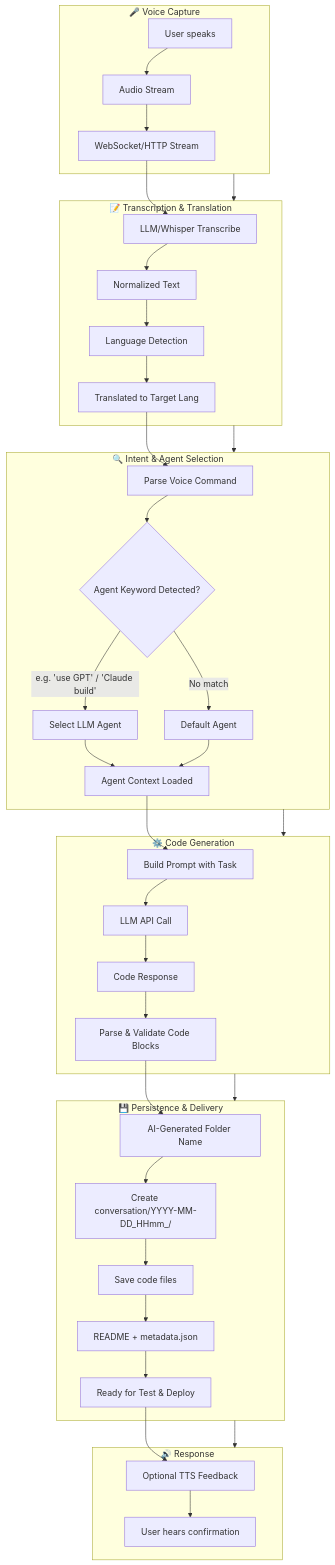
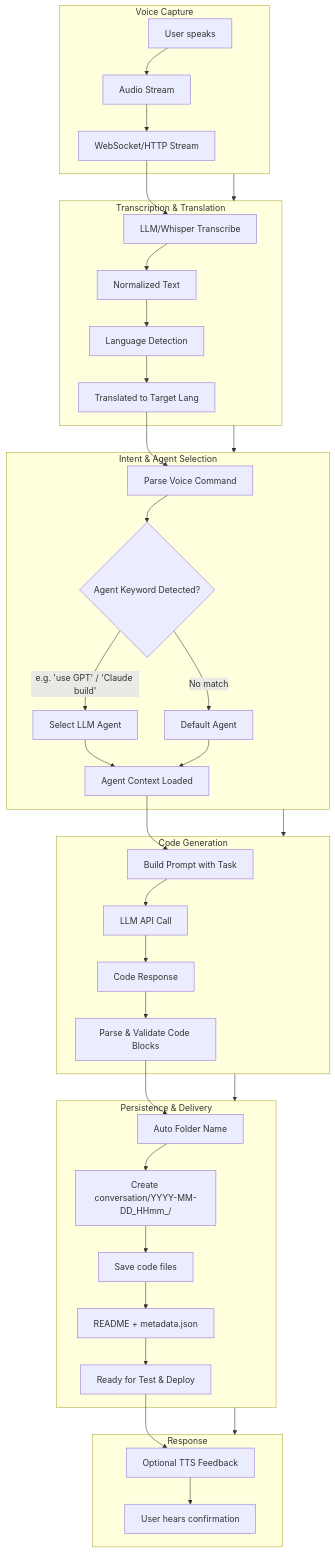
One commit to ronvoy/vamp changed the first of 2 diagrams in README.md. Above: the diagram before and after it, drawn with Mermaid. The commit also changed other lines of this file and 5 other files, not shown here.

````diff
--- a/README.md
+++ b/README.md
@@ -17,45 +17,45 @@
 ```mermaid
 flowchart TB
-    subgraph Capture["🎤 Voice Capture"]
+    subgraph Capture["Voice Capture"]
         A[User speaks] --> B[Audio Stream]
         B --> C[WebSocket/HTTP Stream]
     end
 
-    subgraph Transcribe["📝 Transcription & Translation"]
+    subgraph Transcribe["Transcription & Translation"]
         C --> D[LLM/Whisper Transcribe]
         D --> E[Normalized Text]
         E --> F[Language Detection]
         F --> G[Translated to Target Lang]
     end
 
-    subgraph Parse["🔍 Intent & Agent Selection"]
+    subgraph Parse["Intent & Agent Selection"]
         G --> H[Parse Voice Command]
         H --> I{Agent Keyword Detected?}
         I -->|"e.g. 'use GPT' / 'Claude build'"| J[Select LLM Agent]
         I -->|No match| K[Default Agent]
         J --> L[Agent Context Loaded]
         K --> L
     end
 
-    subgraph Generate["⚙️ Code Generation"]
+    subgraph Generate["Code Generation"]
         L --> M[Build Prompt with Task]
         M --> N[LLM API Call]
         N --> O[Code Response]
         O --> P[Parse & Validate Code Blocks]
     end
 
-    subgraph Persist["💾 Persistence & Delivery"]
-        P --> Q[AI-Generated Folder Name]
+    subgraph Persist["Persistence & Delivery"]
+        P --> Q[Auto Folder Name]
         Q --> R[Create conversation/YYYY-MM-DD_HHmm_<name>/]
         R --> S[Save code files]
         S --> T[README + metadata.json]
         T --> U[Ready for Test & Deploy]
     end
 
-    subgraph Response["🔊 Response"]
+    subgraph Response["Response"]
         U --> V[Optional TTS Feedback]
         V --> W[User hears confirmation]
     end
 
     Capture --> Transcribe --> Parse --> Generate --> Persist --> Response
 ```
````
